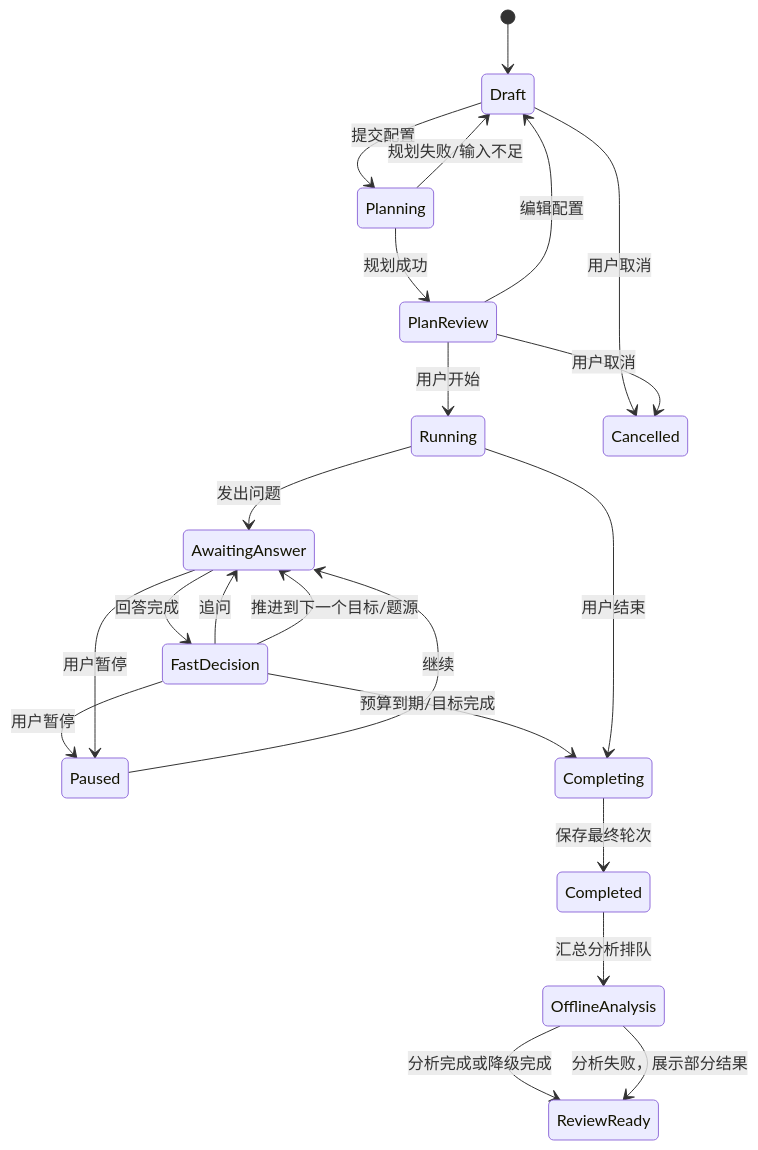
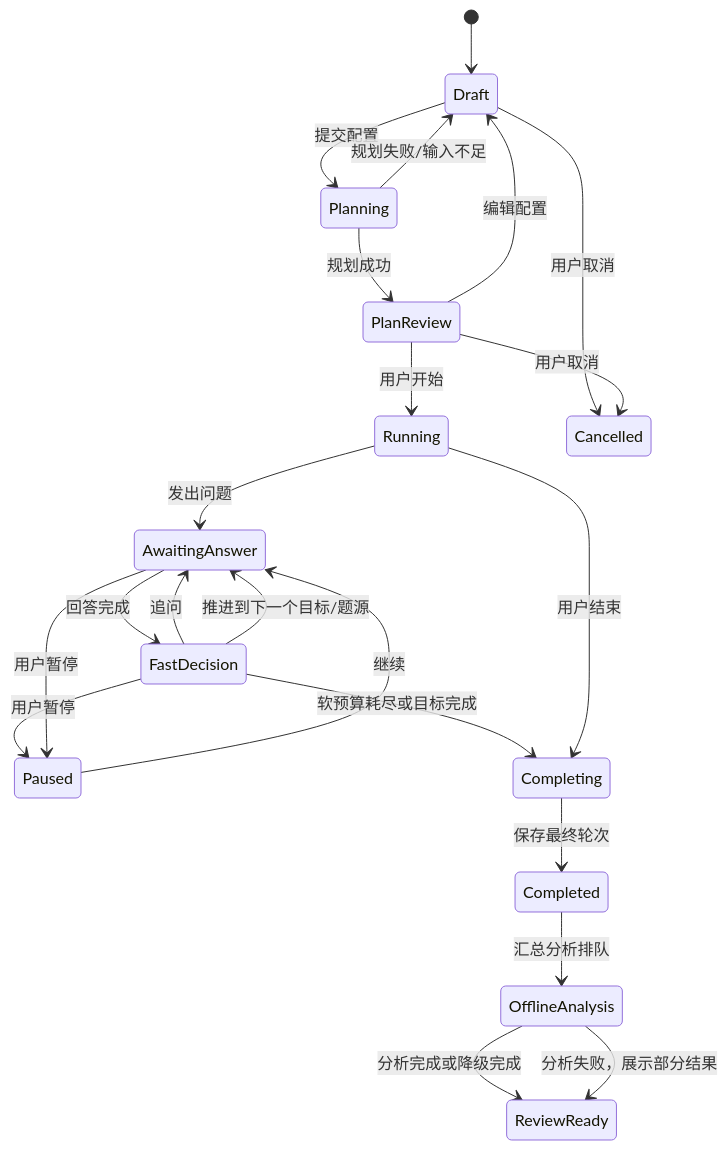
Before and after one commit to loryli/probe: the first of 2 diagrams in docs/03-实时面试与分析数据流.md, drawn with Mermaid. The commit also changed other lines of this file and 19 other files, not shown here.

````diff
--- a/docs/03-实时面试与分析数据流.md
+++ b/docs/03-实时面试与分析数据流.md
@@ -28,24 +28,24 @@
 ```mermaid
 stateDiagram-v2
   [*] --> Draft
   Draft --> Planning: 提交配置
   Planning --> PlanReview: 规划成功
   Planning --> Draft: 规划失败/输入不足
   PlanReview --> Running: 用户开始
   PlanReview --> Draft: 编辑配置
   Running --> AwaitingAnswer: 发出问题
   AwaitingAnswer --> FastDecision: 回答完成
   FastDecision --> AwaitingAnswer: 追问
   FastDecision --> AwaitingAnswer: 推进到下一个目标/题源
   FastDecision --> Paused: 用户暂停
-  FastDecision --> Completing: 预算到期/目标完成
+  FastDecision --> Completing: 软预算耗尽或目标完成
   AwaitingAnswer --> Paused: 用户暂停
   Paused --> AwaitingAnswer: 继续
   Running --> Completing: 用户结束
   Completing --> Completed: 保存最终轮次
   Completed --> OfflineAnalysis: 汇总分析排队
   OfflineAnalysis --> ReviewReady: 分析完成或降级完成
   OfflineAnalysis --> ReviewReady: 分析失败，展示部分结果
   Draft --> Cancelled: 用户取消
   PlanReview --> Cancelled: 用户取消
 ```
````
